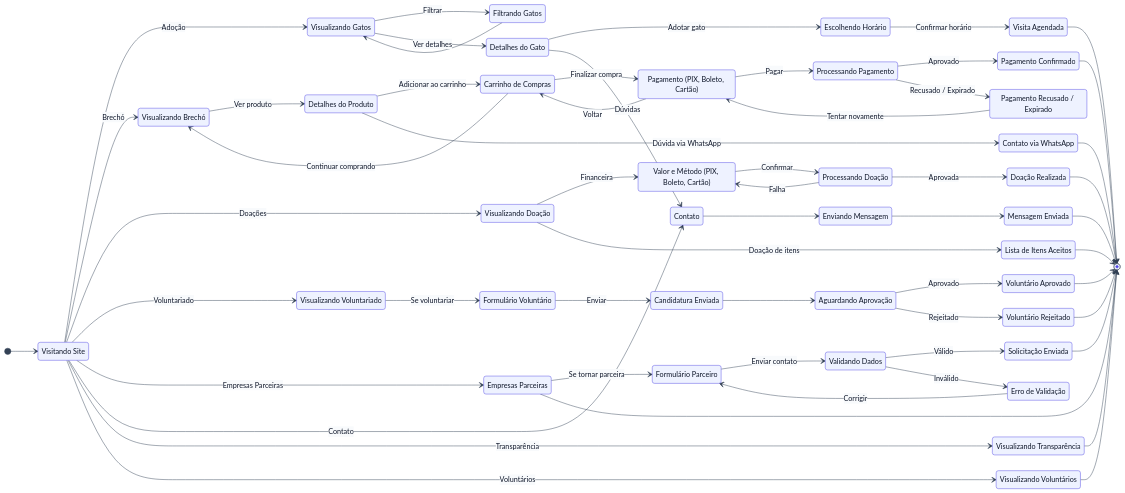
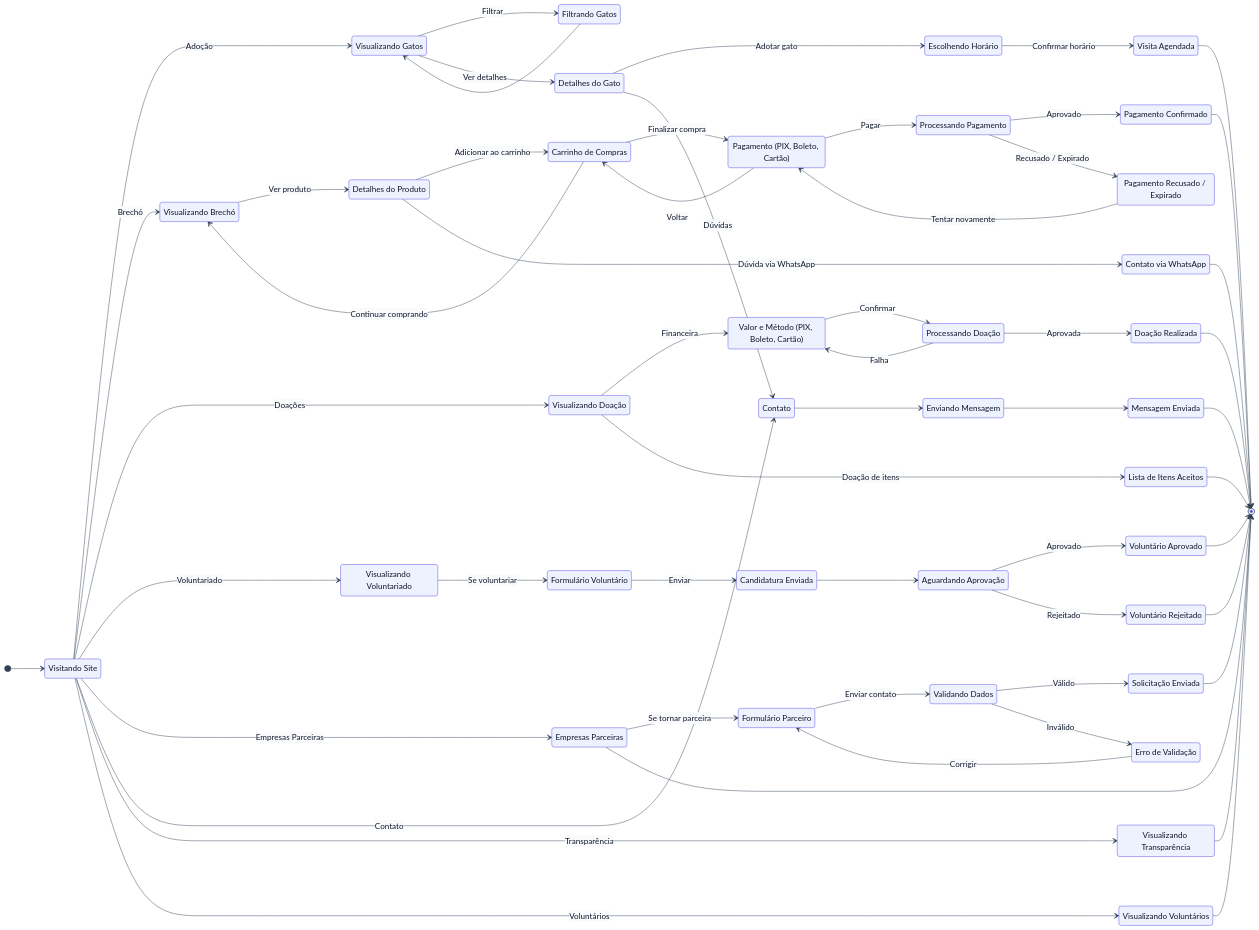
The fourth of 12 diagrams in README.md (ligiaoliveira/Casa-dos-Gatos), drawn with Mermaid before and after one commit.

Commit message:
Adjust state diagram font size and comments
Updated the font size in the state diagram and modified comments for better clarity.

````diff
--- a/README.md
+++ b/README.md
@@ -263,5 +263,5 @@
 ```mermaid
-%%{init: {'theme': 'base', 'themeVariables': {'fontSize': '16px', 'fontFamily': 'arial', 'primaryColor': '#eef2ff', 'primaryBorderColor': '#4f46e5', 'primaryTextColor': '#0f172a', 'lineColor': '#334155', 'edgeLabelBackground': '#f8fafc'}, 'flowchart': {'nodeSpacing': 35, 'rankSpacing': 60, 'curve': 'basis'}}}%%
+%%{init: {'theme': 'base', 'themeVariables': {'fontSize': '18px', 'fontFamily': 'arial', 'primaryColor': '#eef2ff', 'primaryBorderColor': '#4f46e5', 'primaryTextColor': '#0f172a', 'lineColor': '#334155', 'edgeLabelBackground': '#f8fafc'}, 'state': {'nodeSpacing': 110, 'rankSpacing': 75, 'padding': 16}, 'flowchart': {'nodeSpacing': 110, 'rankSpacing': 75}}}%%
 stateDiagram-v2
     direction LR
 
@@ -317,7 +317,7 @@
     %% Início
     [*] --> VisitandoSite
 
-    %% Navegação a partir da Página Inicial (empilhada verticalmente)
+    %% Navegação a partir da Página Inicial
     VisitandoSite --> VisualizandoGatos : Adoção
     VisitandoSite --> VisualizandoBrecho : Brechó
     VisitandoSite --> VisualizandoDoacao : Doações
````
